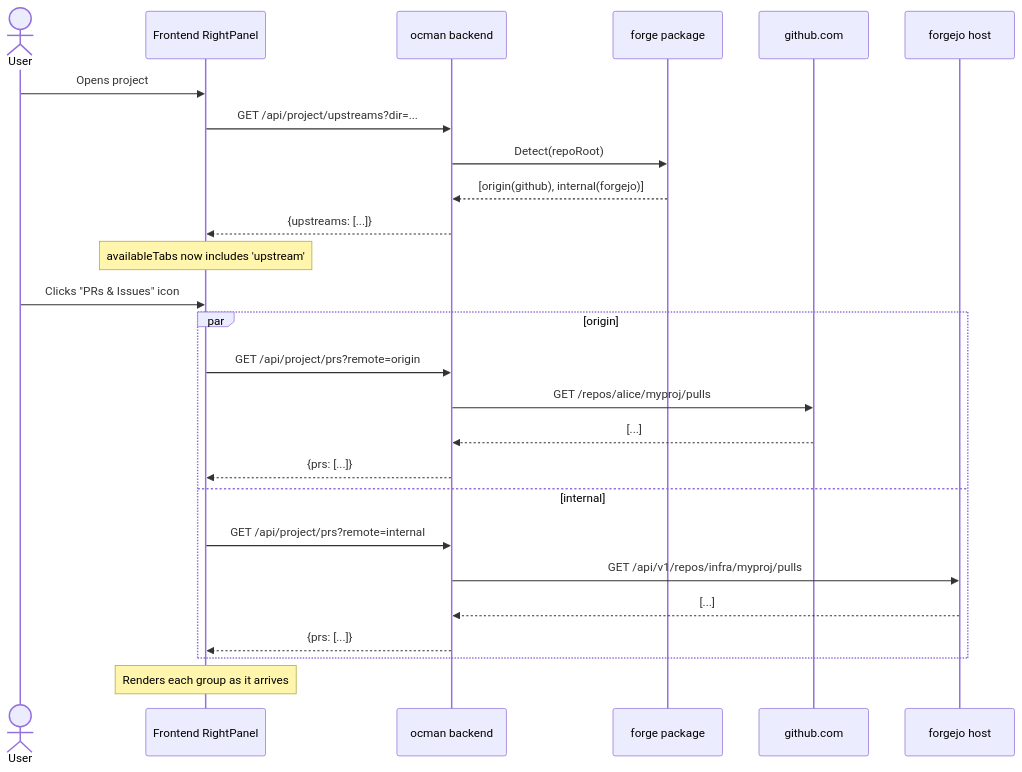
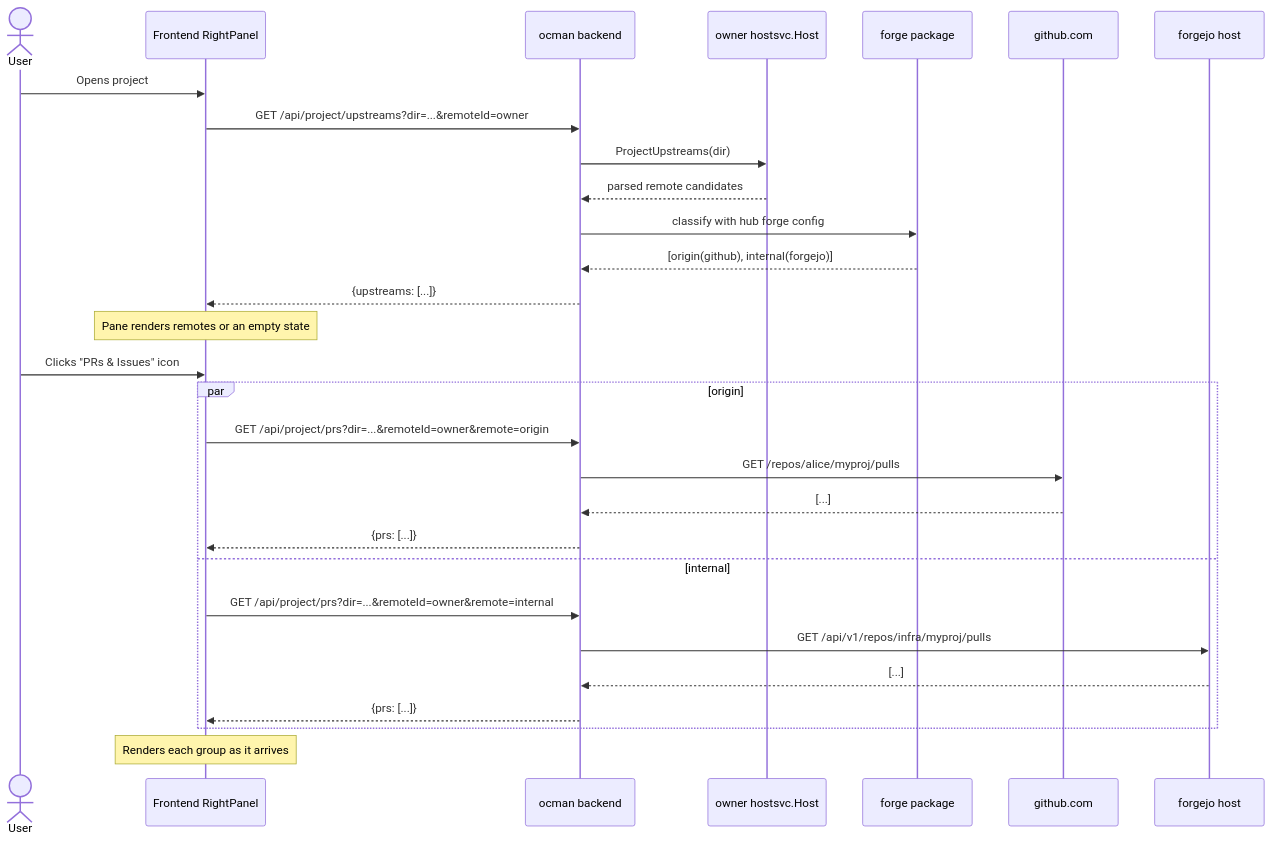
The fifth of 7 diagrams in spec/pr-issue-sidebar/architecture.md (ocman/ocman), drawn with Mermaid before and after one commit. The commit also changed other lines of this file and 62 other files, not shown here.

````diff
--- a/spec/pr-issue-sidebar/architecture.md
+++ b/spec/pr-issue-sidebar/architecture.md
@@ -794,30 +780,33 @@
 ```mermaid
 sequenceDiagram
     actor User
     participant FE as Frontend RightPanel
     participant H as ocman backend
+    participant Host as owner hostsvc.Host
     participant F as forge package
     participant GH as github.com
     participant FJ as forgejo host
 
     User->>FE: Opens project
-    FE->>H: GET /api/project/upstreams?dir=...
-    H->>F: Detect(repoRoot)
+    FE->>H: GET /api/project/upstreams?dir=...&remoteId=owner
+    H->>Host: ProjectUpstreams(dir)
+    Host-->>H: parsed remote candidates
+    H->>F: classify with hub forge config
     F-->>H: [origin(github), internal(forgejo)]
     H-->>FE: {upstreams: [...]}
-    Note over FE: availableTabs now includes 'upstream'
+    Note over FE: Pane renders remotes or an empty state
 
     User->>FE: Clicks "PRs & Issues" icon
     par origin
-        FE->>H: GET /api/project/prs?remote=origin
+        FE->>H: GET /api/project/prs?dir=...&remoteId=owner&remote=origin
         H->>GH: GET /repos/alice/myproj/pulls
         GH-->>H: [...]
         H-->>FE: {prs: [...]}
     and internal
-        FE->>H: GET /api/project/prs?remote=internal
+        FE->>H: GET /api/project/prs?dir=...&remoteId=owner&remote=internal
         H->>FJ: GET /api/v1/repos/infra/myproj/pulls
         FJ-->>H: [...]
         H-->>FE: {prs: [...]}
     end
     Note over FE: Renders each group as it arrives
 ```
````
